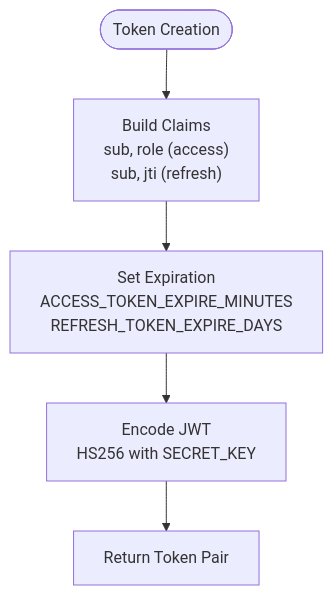
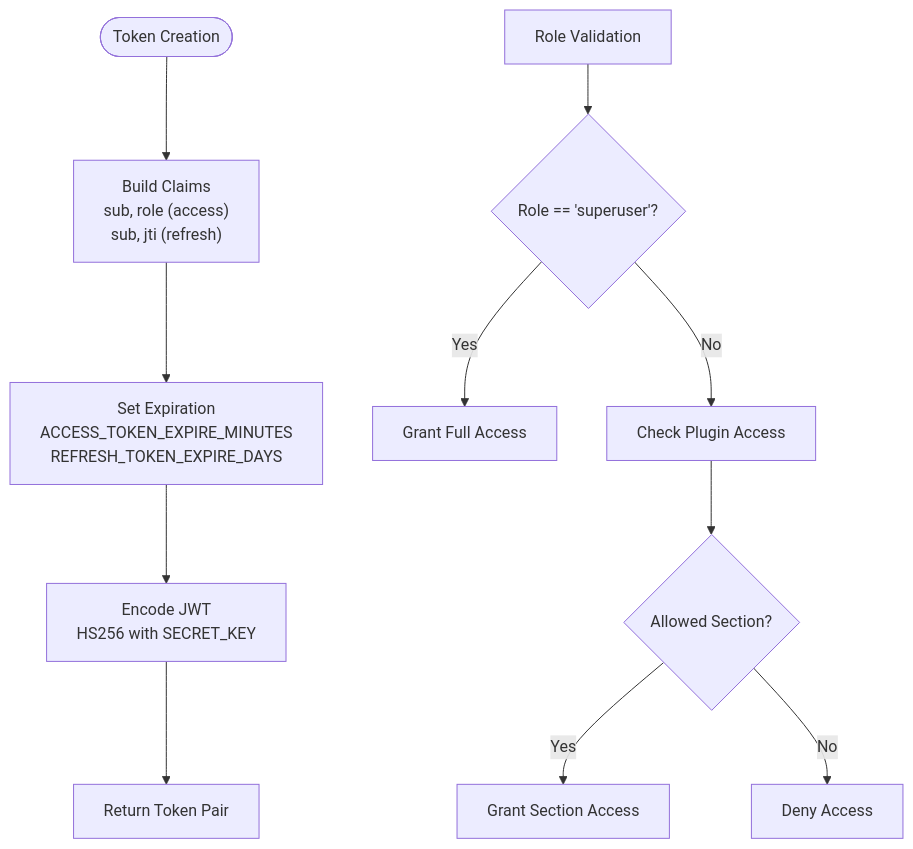
The third of 9 diagrams in .qoder/repowiki/en/content/Authentication & Authorization System/Authentication & Authorization System.md (Nikita5543/New-SSO-02), drawn with Mermaid before and after one commit. The commit also changed other lines of this file and 4 other files, not shown here.

````diff
--- a/.qoder/repowiki/en/content/Authentication & Authorization System/Authentication & Authorization System.md
+++ b/.qoder/repowiki/en/content/Authentication & Authorization System/Authentication & Authorization System.md
@@ -191,7 +256,13 @@
 ```mermaid
 flowchart TD
 Start(["Token Creation"]) --> BuildClaims["Build Claims<br/>sub, role (access)<br/>sub, jti (refresh)"]
 BuildClaims --> SetExp["Set Expiration<br/>ACCESS_TOKEN_EXPIRE_MINUTES<br/>REFRESH_TOKEN_EXPIRE_DAYS"]
 SetExp --> Encode["Encode JWT<br/>HS256 with SECRET_KEY"]
 Encode --> ReturnTokens["Return Token Pair"]
+NewRole["Role Validation"] --> SuperuserCheck{"Role == 'superuser'?"}
+SuperuserCheck --> |Yes| GrantAccess["Grant Full Access"]
+SuperuserCheck --> |No| PluginAccess["Check Plugin Access"]
+PluginAccess --> SectionCheck{"Allowed Section?"}
+SectionCheck --> |Yes| GrantSectionAccess["Grant Section Access"]
+SectionCheck --> |No| DenyAccess["Deny Access"]
 ```
````
